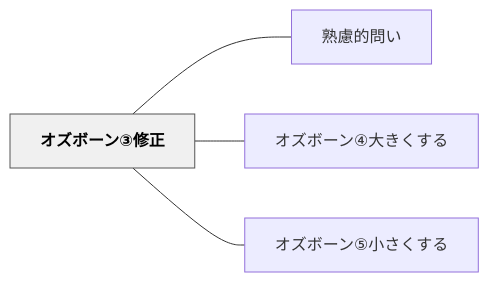
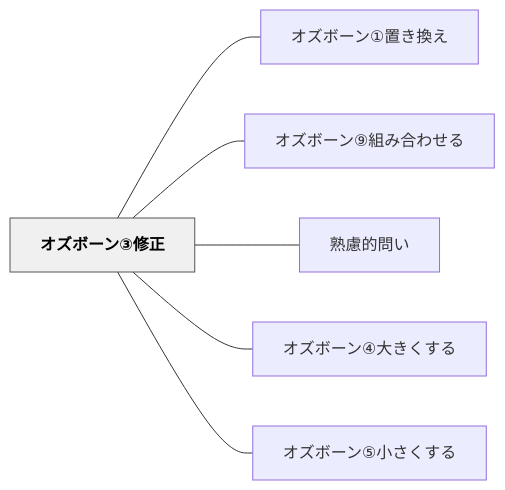
The diagram in content/パタン/オズボーン③修正.md (unknownthings-ed-patterns/unknownthings-ed-patterns), drawn with Mermaid before and after one commit. The commit also changed other lines of this file and 44 other files, not shown here.

````diff
--- a/content/パタン/オズボーン③修正.md
+++ b/content/パタン/オズボーン③修正.md
@@ -46,14 +48,18 @@
 ```mermaid
 flowchart LR
     ne382aae382bae3839ce383bce383b3e291a2e4bfaee6ada3["オズボーン③修正"]
+    ne382aae382bae3839ce383bce383b3e291a0e7bdaee3818de68f9be38188["オズボーン①置き換え"]
+    ne382aae382bae3839ce383bce383b3e291a8e7b584e381bfe59088e3828fe3819be3828b["オズボーン⑨組み合わせる"]
     ne7869fe685aee79a84e5958fe38184["熟慮的問い"]
     ne382aae382bae3839ce383bce383b3e291a3e5a4a7e3818de3818fe38199e3828b["オズボーン④大きくする"]
     ne382aae382bae3839ce383bce383b3e291a4e5b08fe38195e3818fe38199e3828b["オズボーン⑤小さくする"]
 
+    ne382aae382bae3839ce383bce383b3e291a2e4bfaee6ada3 --- ne382aae382bae3839ce383bce383b3e291a0e7bdaee3818de68f9be38188
+    ne382aae382bae3839ce383bce383b3e291a2e4bfaee6ada3 --- ne382aae382bae3839ce383bce383b3e291a8e7b584e381bfe59088e3828fe3819be3828b
     ne382aae382bae3839ce383bce383b3e291a2e4bfaee6ada3 --- ne7869fe685aee79a84e5958fe38184
     ne382aae382bae3839ce383bce383b3e291a2e4bfaee6ada3 --- ne382aae382bae3839ce383bce383b3e291a3e5a4a7e3818de3818fe38199e3828b
     ne382aae382bae3839ce383bce383b3e291a2e4bfaee6ada3 --- ne382aae382bae3839ce383bce383b3e291a4e5b08fe38195e3818fe38199e3828b
 
     classDef hub fill:#f0f0f0,stroke:#555,color:#000,font-weight:bold
     class ne382aae382bae3839ce383bce383b3e291a2e4bfaee6ada3 hub
 ```
````
